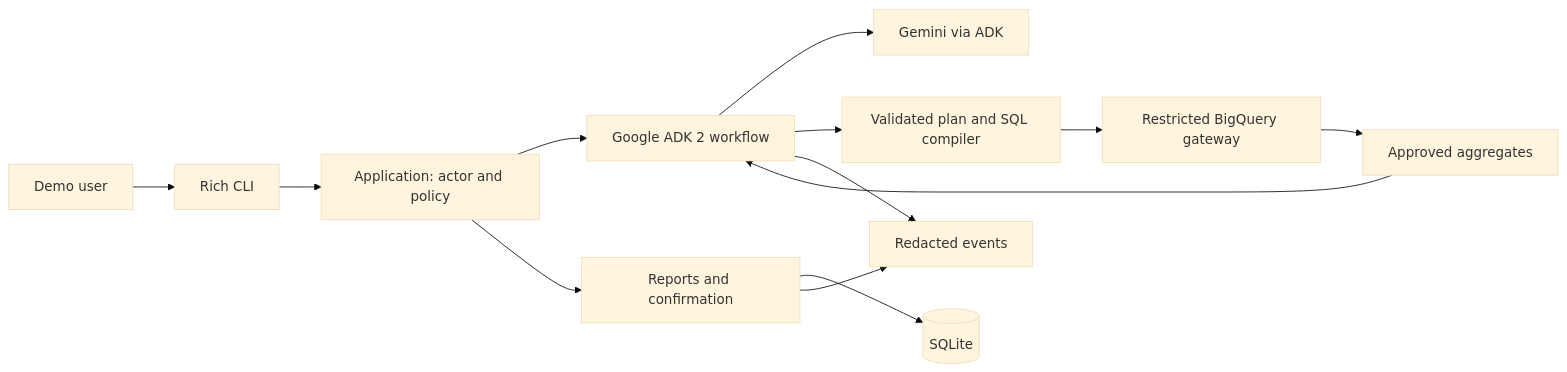
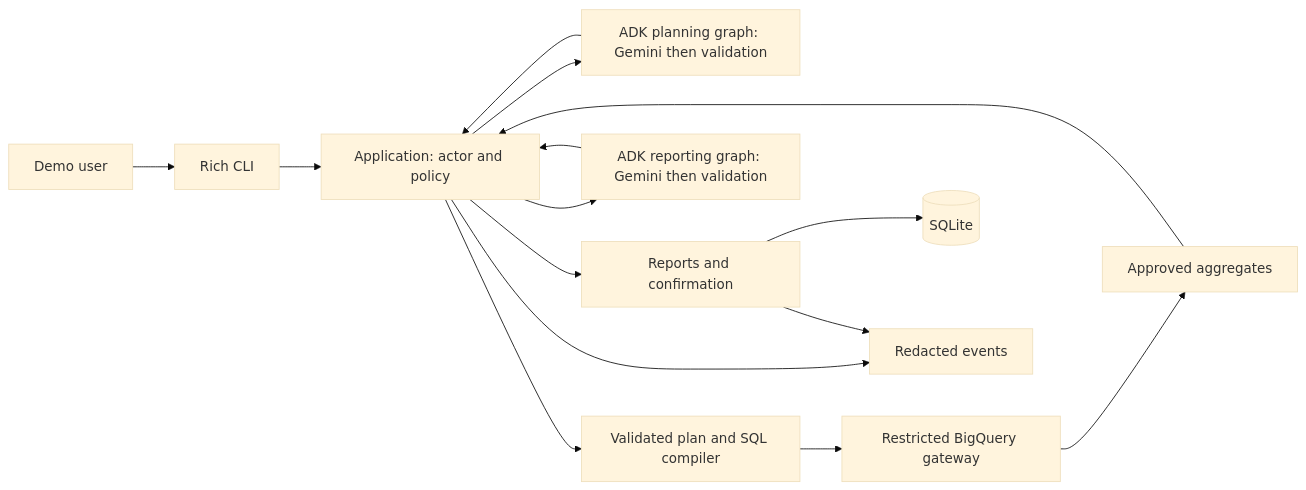
One commit to Wyjakx/retail-analytics-agent changed the first of 2 diagrams in docs/architecture.md. Above: the diagram before and after it, drawn with Mermaid (base theme). The commit also changed other lines of this file and 26 other files, not shown here.

````diff
--- a/docs/architecture.md
+++ b/docs/architecture.md
@@ -13,15 +13,17 @@
 ```mermaid
 flowchart LR
     U["Demo user"] --> CLI["Rich CLI"]
     CLI --> APP["Application: actor and policy"]
-    APP --> G["Google ADK 2 workflow"]
-    G --> M["Gemini via ADK"]
-    G --> Q["Validated plan and SQL compiler"]
+    APP --> P["ADK planning graph: Gemini then validation"]
+    P --> APP
+    APP --> Q["Validated plan and SQL compiler"]
     Q --> BQ["Restricted BigQuery gateway"]
     BQ --> A["Approved aggregates"]
-    A --> G
+    A --> APP
+    APP --> S["ADK reporting graph: Gemini then validation"]
+    S --> APP
     APP --> R["Reports and confirmation"]
     R --> DB[("SQLite")]
-    G --> T["Redacted events"]
+    APP --> T["Redacted events"]
     R --> T
 ```
````
